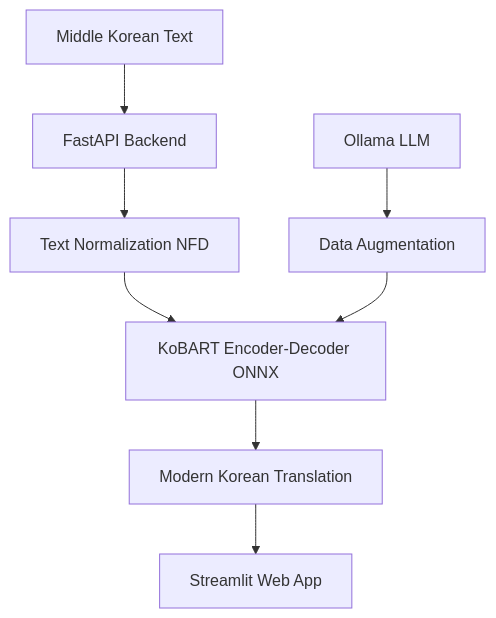
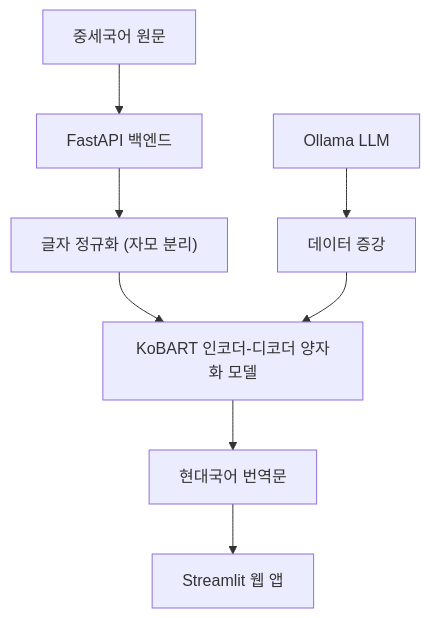
Before and after one commit to HyunchanAn/Middle_Korean_AI: the first of 2 diagrams in README.md, drawn with Mermaid. The commit also changed other lines of this file and 9 other files, not shown here.

````diff
--- a/README.md
+++ b/README.md
@@ -14,10 +14,10 @@
 ```mermaid
 graph TD
-    A["Middle Korean Text"] --> B["FastAPI Backend"]
-    B --> C["Text Normalization NFD"]
-    C --> D["KoBART Encoder-Decoder ONNX"]
-    D --> E["Modern Korean Translation"]
-    E --> F["Streamlit Web App"]
-    G["Ollama LLM"] --> H["Data Augmentation"]
+    A["중세국어 원문"] --> B["FastAPI 백엔드"]
+    B --> C["글자 정규화 (자모 분리)"]
+    C --> D["KoBART 인코더-디코더 양자화 모델"]
+    D --> E["현대국어 번역문"]
+    E --> F["Streamlit 웹 앱"]
+    G["Ollama LLM"] --> H["데이터 증강"]
     H --> D
 ```
````
